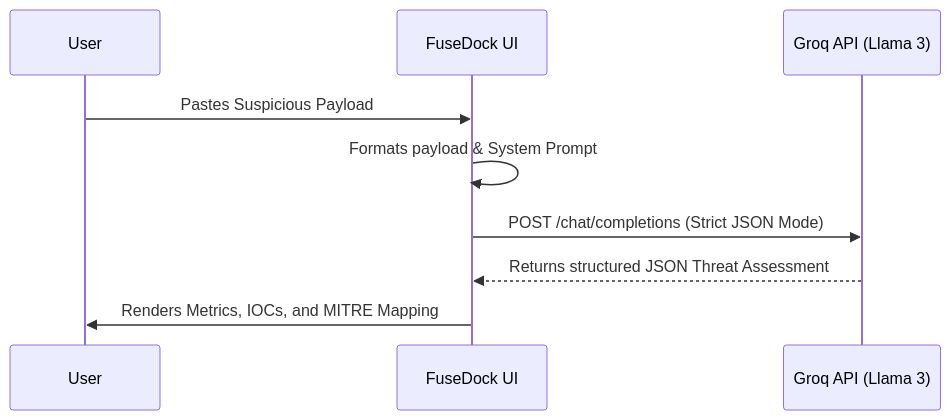
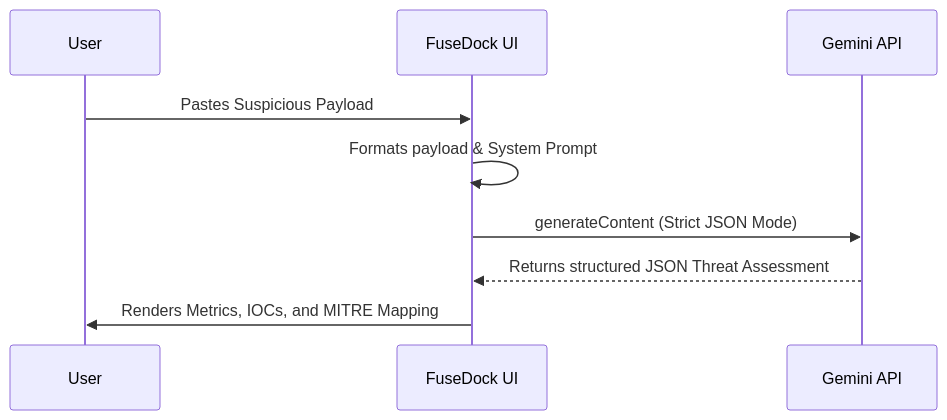
Before and after one commit to dakshpandey2102/fuseDock: the diagram in README.md, drawn with Mermaid. The commit also changed other lines of this file and 5 other files, not shown here.

````diff
--- a/README.md
+++ b/README.md
@@ -65,12 +65,12 @@
 ```mermaid
 sequenceDiagram
     participant User
     participant FuseDock UI
-    participant Groq API (Llama 3)
+    participant Gemini API
     
     User->>FuseDock UI: Pastes Suspicious Payload
     FuseDock UI->>FuseDock UI: Formats payload & System Prompt
-    FuseDock UI->>Groq API (Llama 3): POST /chat/completions (Strict JSON Mode)
-    Groq API (Llama 3)-->>FuseDock UI: Returns structured JSON Threat Assessment
+    FuseDock UI->>Gemini API: generateContent (Strict JSON Mode)
+    Gemini API-->>FuseDock UI: Returns structured JSON Threat Assessment
     FuseDock UI->>User: Renders Metrics, IOCs, and MITRE Mapping
 ```
````
